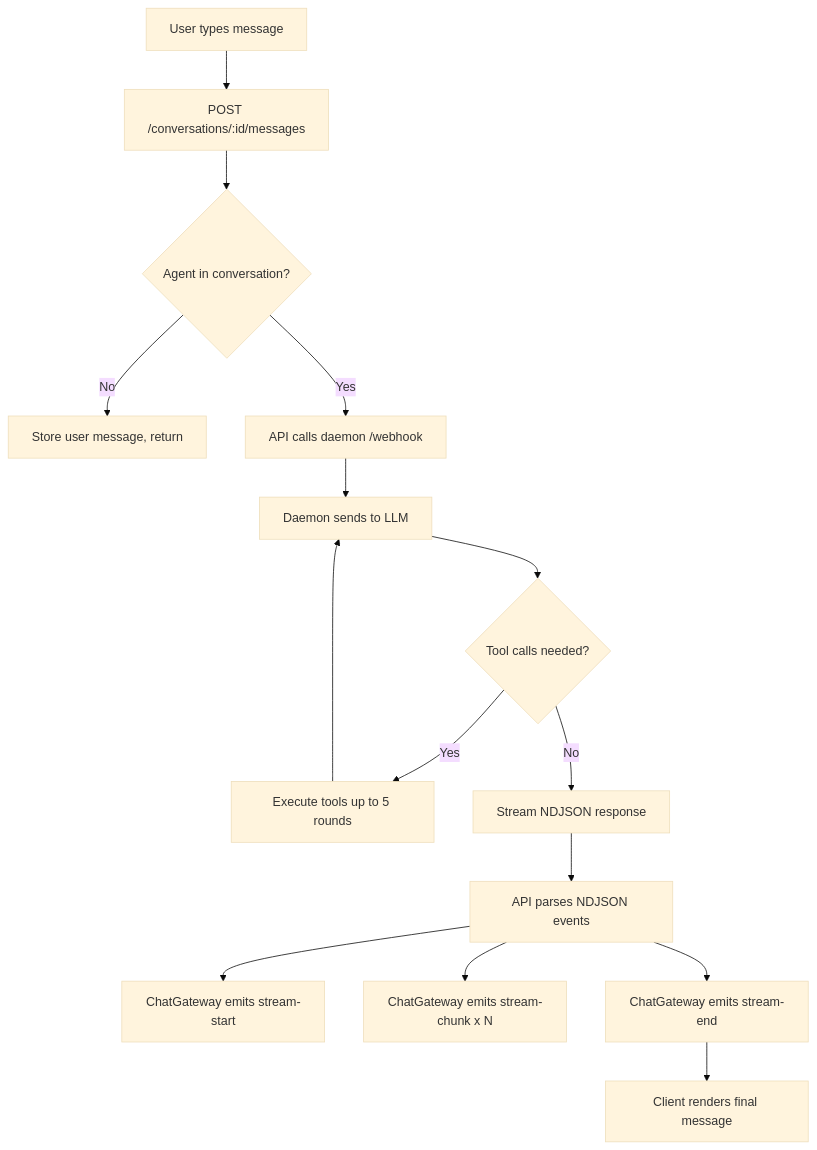
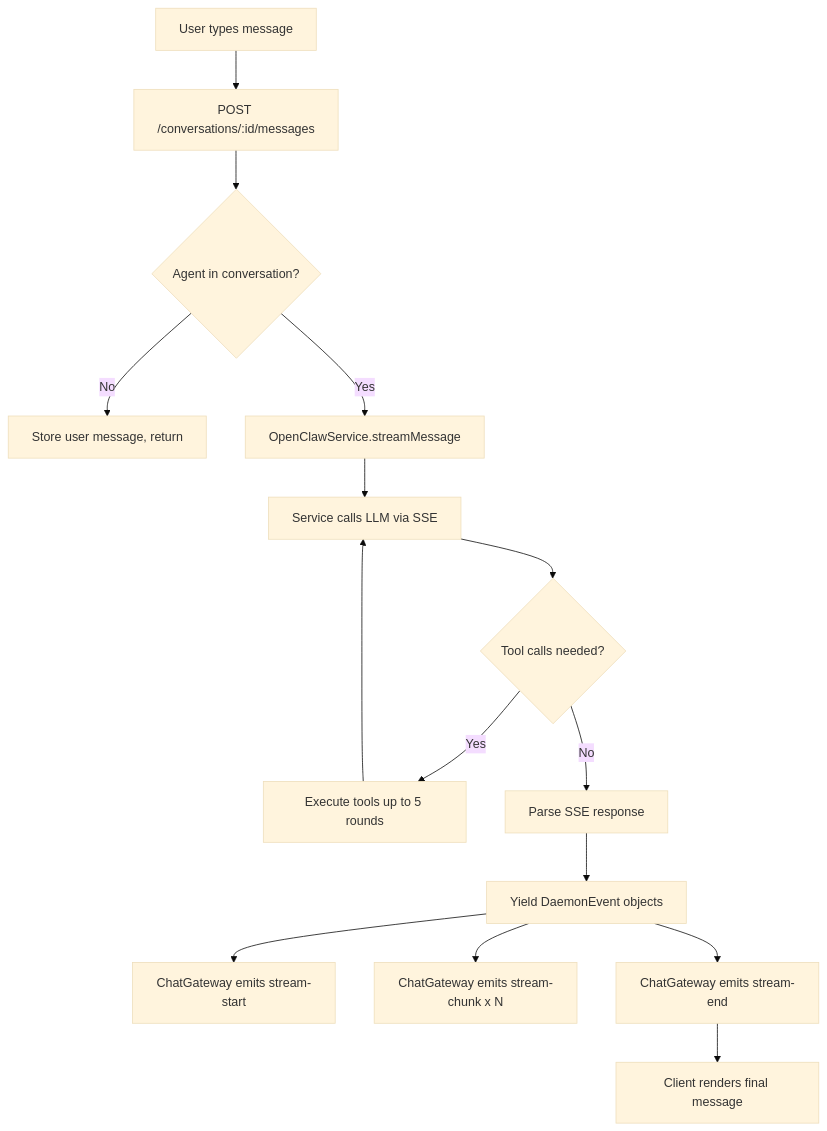
The second of 3 diagrams in docs/features/chat.md (pde-rent/monokeros), drawn with Mermaid (base theme) before and after one commit. The commit also changed other lines of this file and 31 other files, not shown here.

First line of the commit message:
feat: rewrite docs for OpenClaw, add acceptance criteria and artifact models

````diff
--- a/docs/features/chat.md
+++ b/docs/features/chat.md
@@ -54,17 +54,17 @@
 ```mermaid
 flowchart TD
     A[User types message] --> B[POST /conversations/:id/messages]
     B --> C{Agent in conversation?}
     C -- No --> D[Store user message, return]
-    C -- Yes --> E[API calls daemon /webhook]
-    E --> F[Daemon sends to LLM]
+    C -- Yes --> E[OpenClawService.streamMessage]
+    E --> F[Service calls LLM via SSE]
     F --> G{Tool calls needed?}
     G -- Yes --> H[Execute tools up to 5 rounds]
     H --> F
-    G -- No --> I[Stream NDJSON response]
-    I --> J[API parses NDJSON events]
+    G -- No --> I[Parse SSE response]
+    I --> J[Yield DaemonEvent objects]
     J --> K[ChatGateway emits stream-start]
     J --> L[ChatGateway emits stream-chunk x N]
     J --> M[ChatGateway emits stream-end]
     M --> N[Client renders final message]
 ```
````
